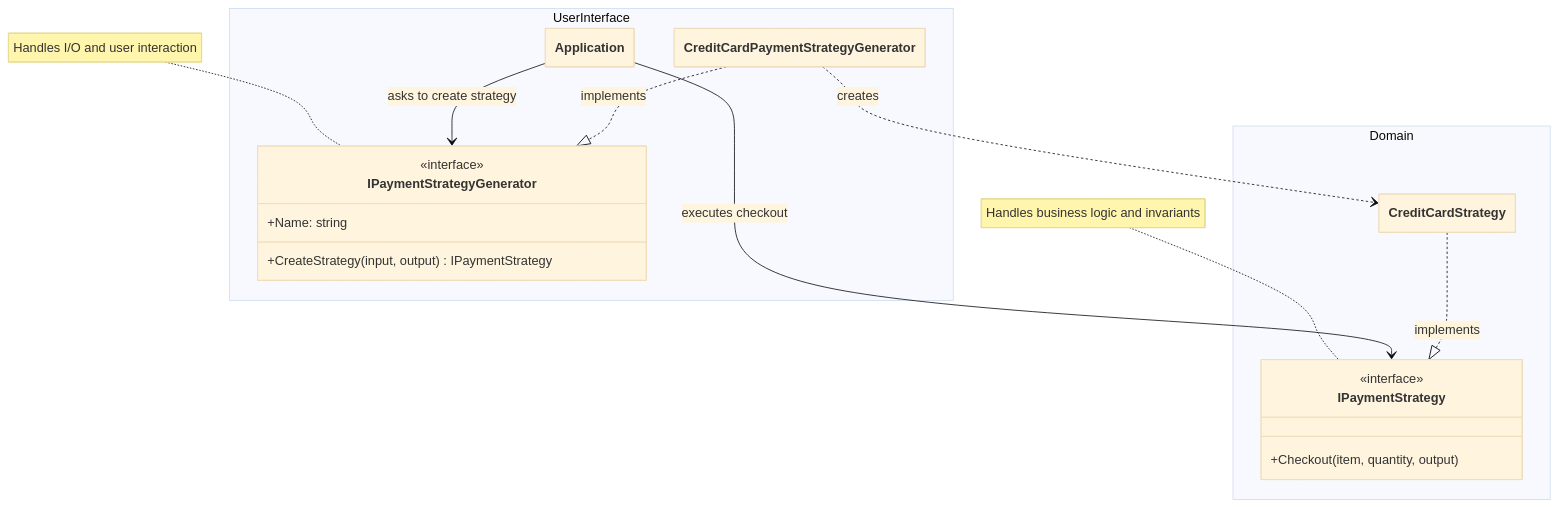
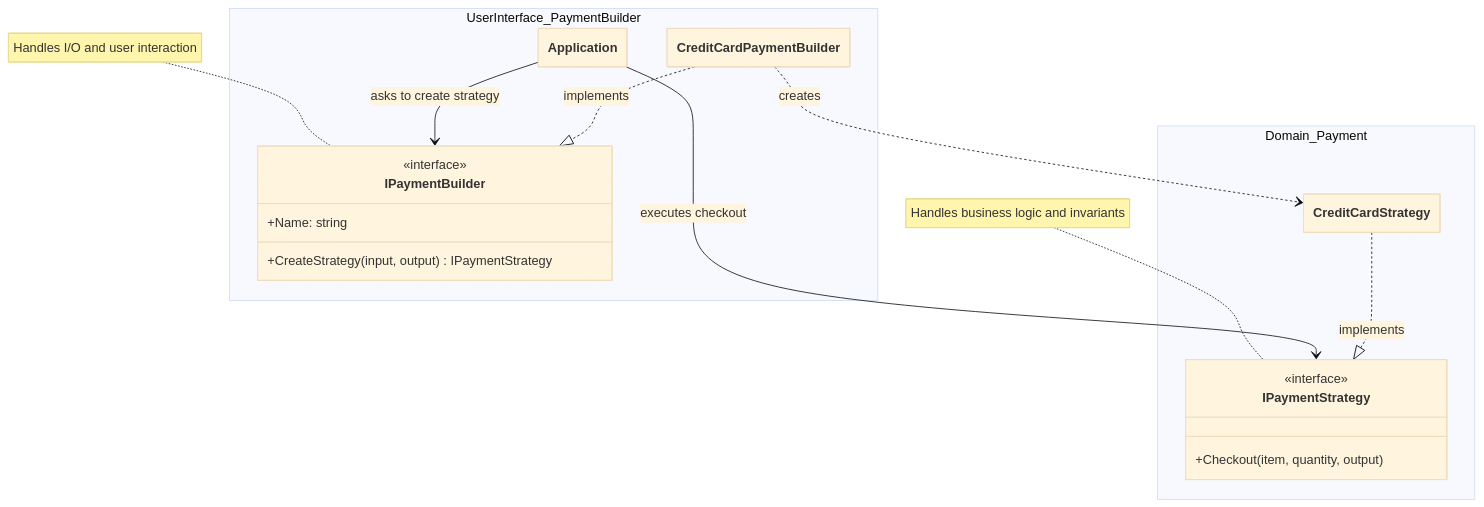
One commit to jeff-adkisson/swe-4743-spring-2026-oo-design changed the second of 2 diagrams in assignments/assignment-2-solution/src-csharp/TeaShop/UserInterface/README.md. Above: the diagram before and after it, drawn with Mermaid (base theme). The commit also changed other lines of this file and 62 other files, not shown here.

````diff
--- a/assignments/assignment-2-solution/src-csharp/TeaShop/UserInterface/README.md
+++ b/assignments/assignment-2-solution/src-csharp/TeaShop/UserInterface/README.md
@@ -104,38 +119,38 @@
 ```mermaid
 ---
   config:
     class:
       hideEmptyMembersBox: true
 ---
 classDiagram
-    namespace UserInterface {
+    namespace UserInterface_PaymentBuilder {
         class Application
-        class IPaymentStrategyGenerator {
+        class IPaymentBuilder {
             <<interface>>
             +Name: string
             +CreateStrategy(input, output) IPaymentStrategy
         }
-        class CreditCardPaymentStrategyGenerator
+        class CreditCardPaymentBuilder
     }
 
-    namespace Domain {
+    namespace Domain_Payment {
         class IPaymentStrategy {
             <<interface>>
             +Checkout(item, quantity, output)
         }
         class CreditCardStrategy
     }
 
     %% Relationships
-    Application --> IPaymentStrategyGenerator : asks to create strategy
+    Application --> IPaymentBuilder : asks to create strategy
     Application --> IPaymentStrategy : executes checkout
     
-    CreditCardPaymentStrategyGenerator ..|> IPaymentStrategyGenerator : implements
-    CreditCardPaymentStrategyGenerator ..> CreditCardStrategy : creates
+    CreditCardPaymentBuilder ..|> IPaymentBuilder : implements
+    CreditCardPaymentBuilder ..> CreditCardStrategy : creates
     
     CreditCardStrategy ..|> IPaymentStrategy : implements
     
     %% Explicit Layering
-    note for IPaymentStrategyGenerator "Handles I/O and user interaction"
+    note for IPaymentBuilder "Handles I/O and user interaction"
     note for IPaymentStrategy "Handles business logic and invariants"
 ```
````
